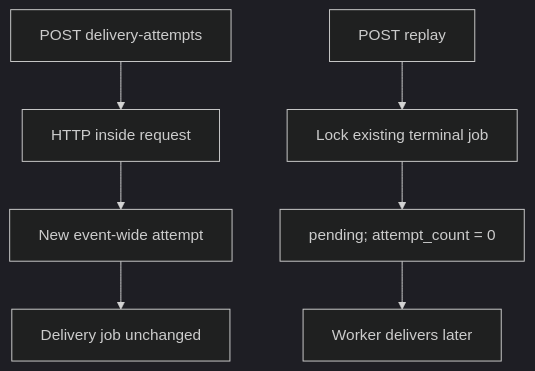
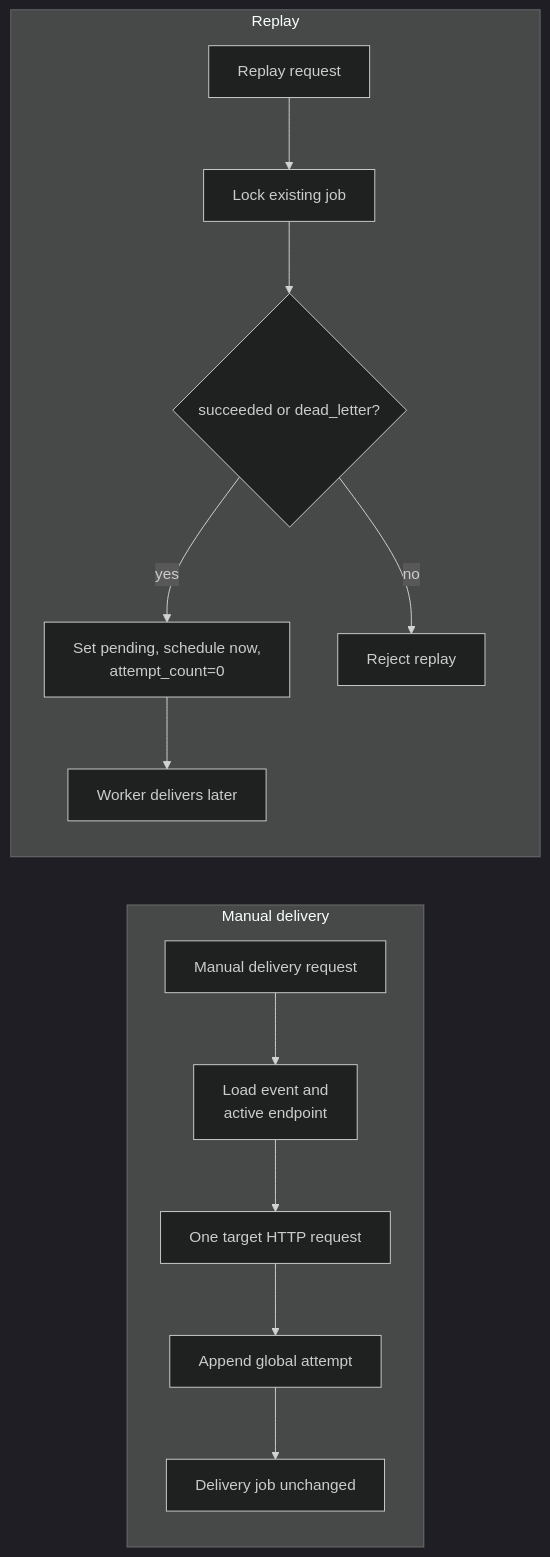
The tenth of 11 diagrams in docs/architecture.md (lukaszj321/reliable-webhook-service), drawn with Mermaid (dark theme) before and after one commit. The commit also changed other lines of this file, not shown here.

Commit message:
docs: expand architecture diagrams

````diff
--- a/docs/architecture.md
+++ b/docs/architecture.md
@@ -148,9 +374,17 @@
 ```mermaid
-flowchart TD
-    Manual["POST delivery-attempts"] --> ManualHTTP["HTTP inside request"]
-    ManualHTTP --> GlobalAttempt["New event-wide attempt"]
-    GlobalAttempt --> Unchanged["Delivery job unchanged"]
-    Replay["POST replay"] --> Lock["Lock existing terminal job"]
-    Lock --> Reset["pending; attempt_count = 0"]
-    Reset --> Later["Worker delivers later"]
+flowchart LR
+    subgraph Manual["Manual delivery"]
+        ManualRequest["Manual delivery request"] --> ManualChecks["Load event and<br/>active endpoint"]
+        ManualChecks --> ManualHTTP["One target HTTP request"]
+        ManualHTTP --> ManualAttempt["Append global attempt"]
+        ManualAttempt --> Unchanged["Delivery job unchanged"]
+    end
+
+    subgraph Replay["Replay"]
+        ReplayRequest["Replay request"] --> ReplayLock["Lock existing job"]
+        ReplayLock --> Terminal{"succeeded or dead_letter?"}
+        Terminal -->|"yes"| Reset["Set pending, schedule now,<br/>attempt_count=0"]
+        Reset --> Later["Worker delivers later"]
+        Terminal -->|"no"| Reject["Reject replay"]
+    end
 ```
````
